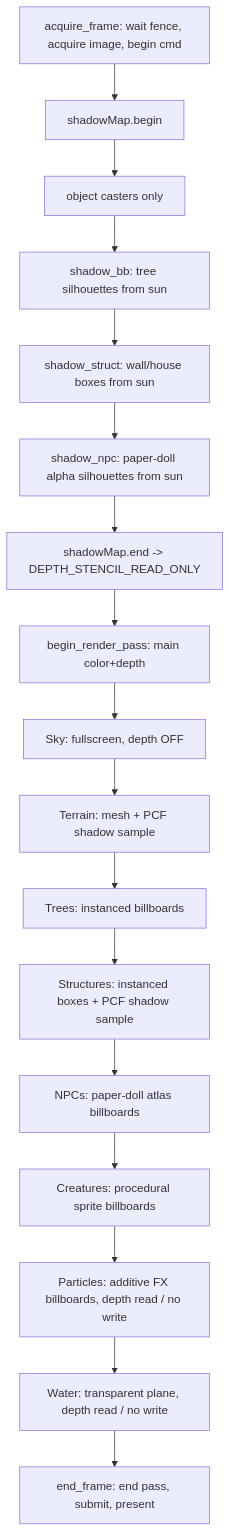
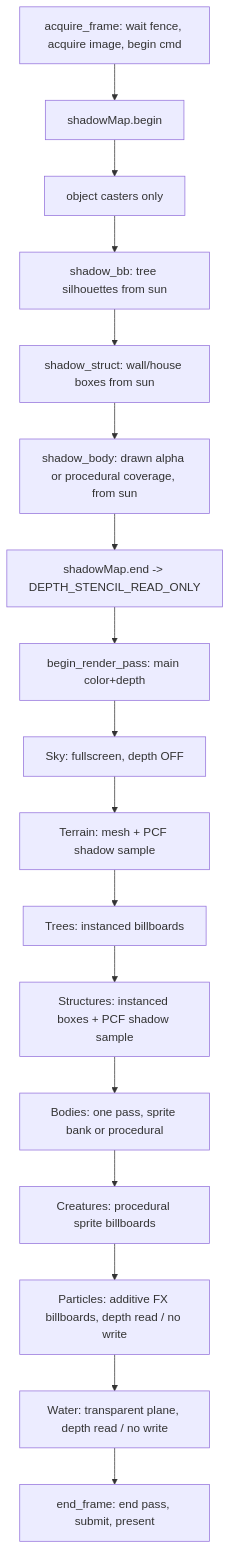
One commit to Jirnyak/Timaert changed the diagram in render.md. Above: the diagram before and after it, drawn with Mermaid. The commit also changed other lines of this file and 13 other files, not shown here.

````diff
--- a/render.md
+++ b/render.md
@@ -27,19 +28,19 @@
 ```mermaid
 flowchart TD
     A[acquire_frame: wait fence, acquire image, begin cmd] --> B[shadowMap.begin]
     B --> C[object casters only]
     C --> D[shadow_bb: tree silhouettes from sun]
     D --> Ds[shadow_struct: wall/house boxes from sun]
-    Ds --> Dn[shadow_npc: paper-doll alpha silhouettes from sun]
+    Ds --> Dn[shadow_body: drawn alpha or procedural coverage, from sun]
     Dn --> E[shadowMap.end -> DEPTH_STENCIL_READ_ONLY]
     E --> F[begin_render_pass: main color+depth]
     F --> G[Sky: fullscreen, depth OFF]
     G --> H[Terrain: mesh + PCF shadow sample]
     H --> I[Trees: instanced billboards]
     I --> Is[Structures: instanced boxes + PCF shadow sample]
-    Is --> In[NPCs: paper-doll atlas billboards]
+    Is --> In[Bodies: one pass, sprite bank or procedural]
     In --> Ic[Creatures: procedural sprite billboards]
     Ic --> Ip[Particles: additive FX billboards, depth read / no write]
     Ip --> J[Water: transparent plane, depth read / no write]
     J --> K[end_frame: end pass, submit, present]
 ```
````
